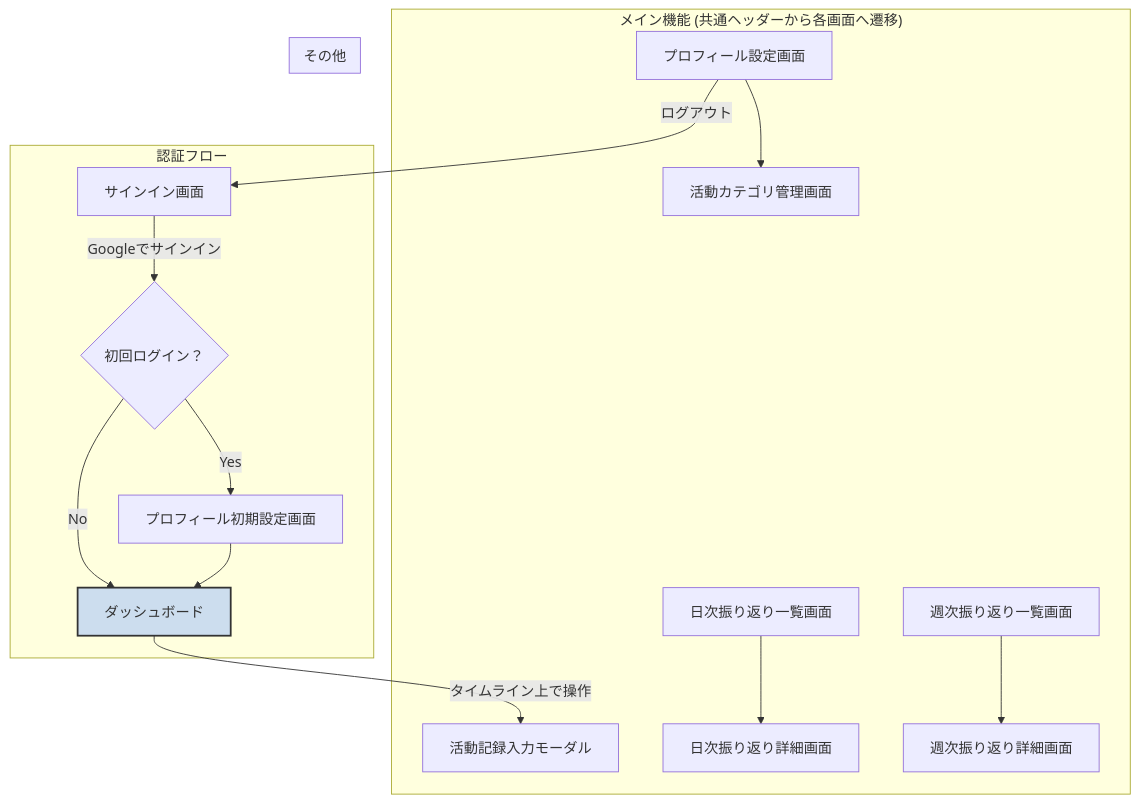
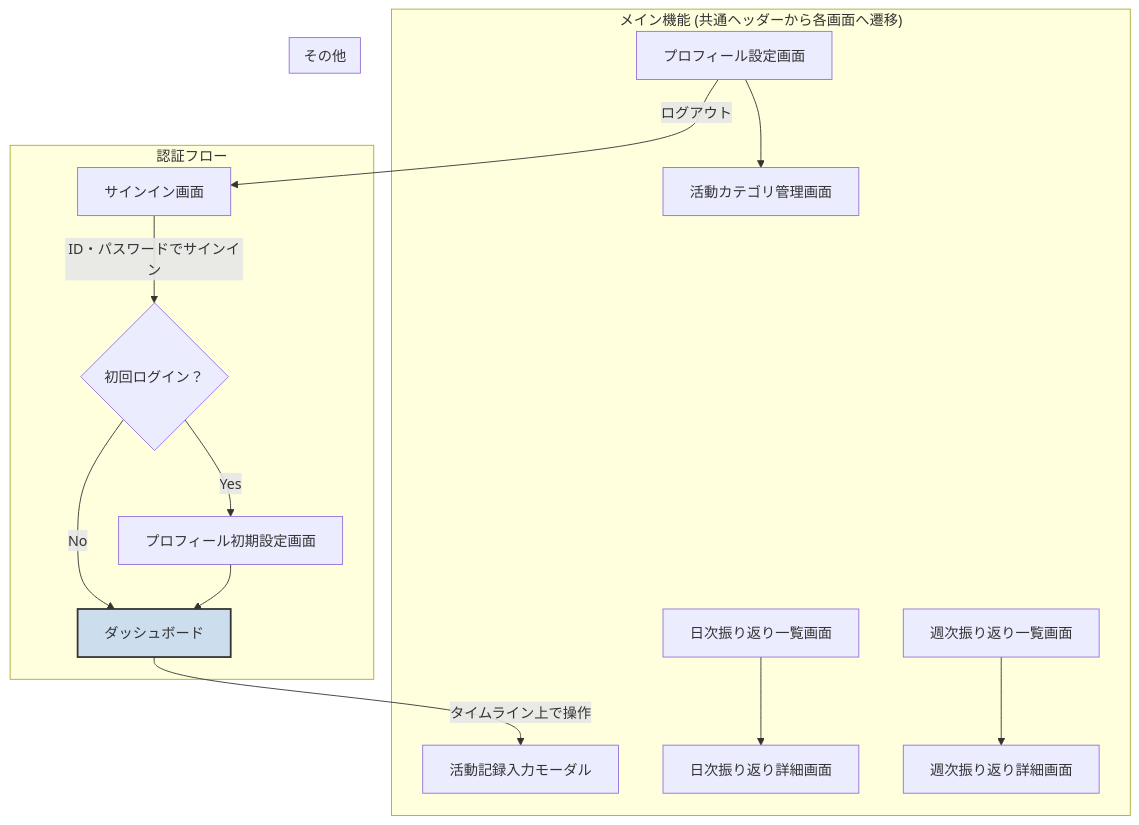
Before and after one commit to ysnrmyst/HelthReport: the diagram in docs/ui_ux_design.md, drawn with Mermaid. The commit also changed other lines of this file and 13 other files, not shown here.

````diff
--- a/docs/ui_ux_design.md
+++ b/docs/ui_ux_design.md
@@ -21,22 +23,22 @@
 ```mermaid
 graph TD
     subgraph "認証フロー"
-        A[サインイン画面] -->|Googleでサインイン| B{初回ログイン？};
+        A[サインイン画面] -->|ID・パスワードでサインイン| B{初回ログイン？};
         B -->|Yes| C[プロフィール初期設定画面];
         B -->|No| D[ダッシュボード];
         C --> D;
     end
 
     subgraph "メイン機能 (共通ヘッダーから各画面へ遷移)"
         D -- "タイムライン上で操作" --> E[活動記録入力モーダル];
         F[日次振り返り一覧画面] --> F_detail[日次振り返り詳細画面];
         G[週次振り返り一覧画面] --> G_detail[週次振り返り詳細画面];
         H[プロフィール設定画面] --> I[活動カテゴリ管理画面];
     end
 
     subgraph "その他"
         H -- "ログアウト" --> A;
     end
 
     style D fill:#cde,stroke:#333,stroke-width:2px
 ```
````
